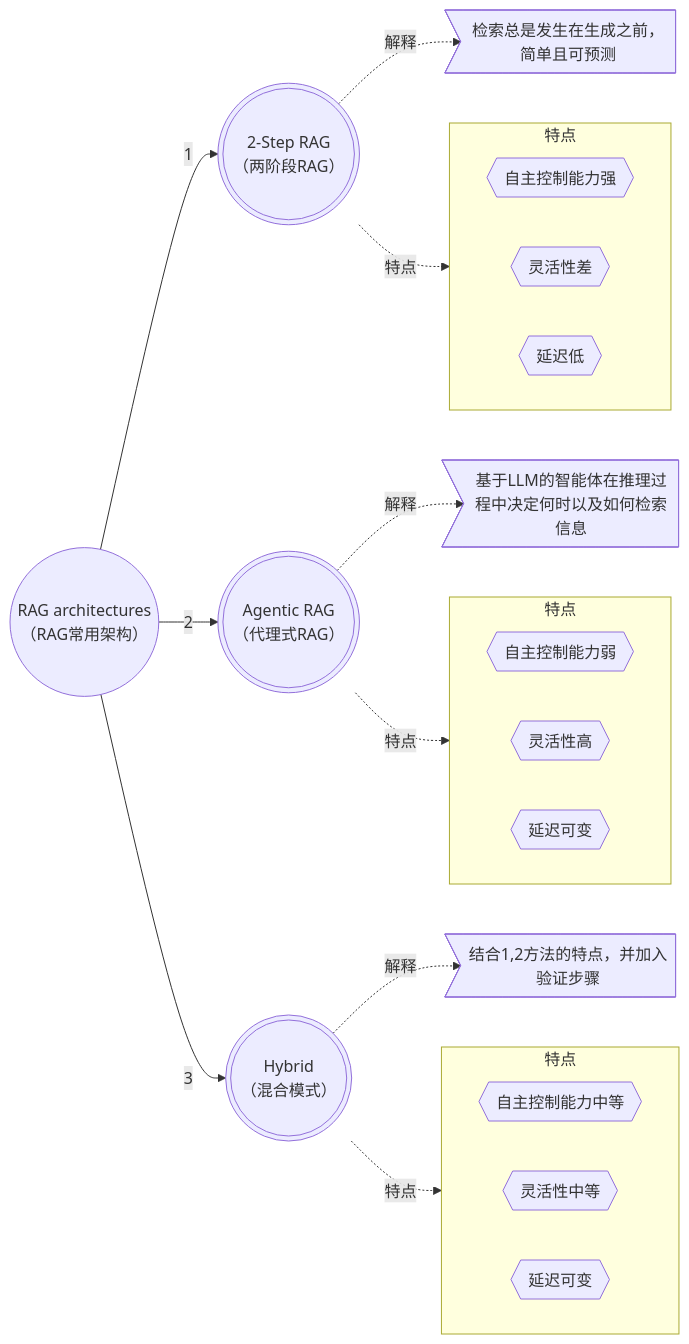
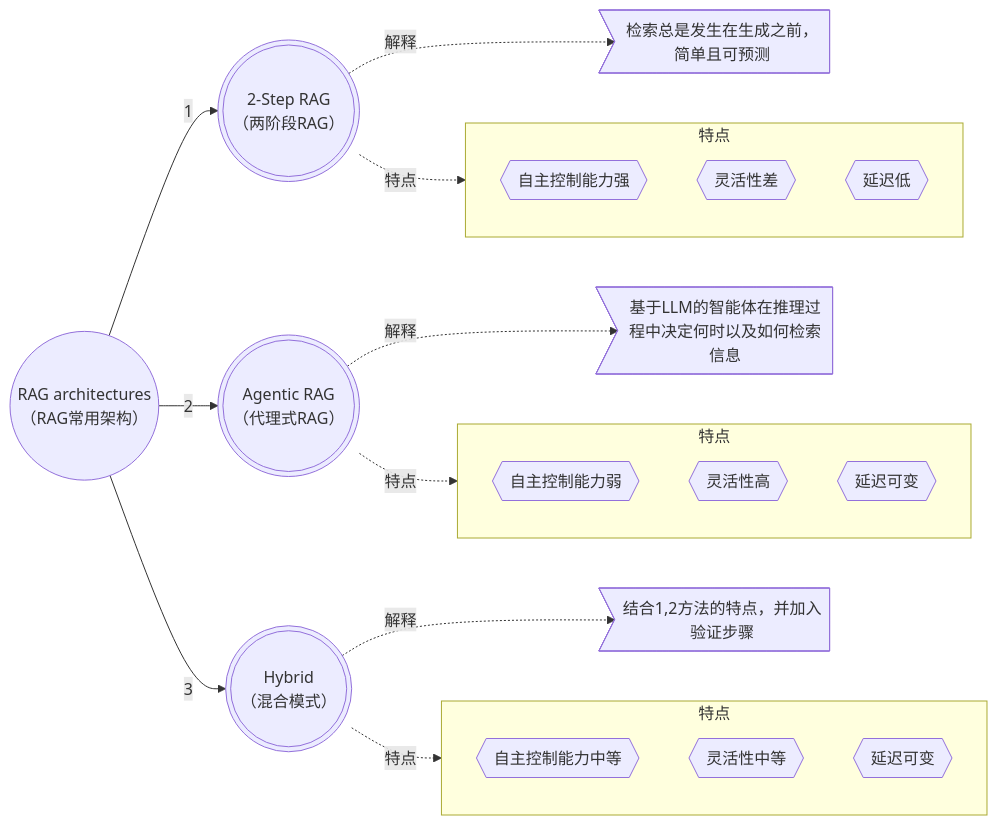
Before and after one commit to 290044632/bookmark: the third of 3 diagrams in AI/RAG.md, drawn with Mermaid.

Commit message:
更新RAG文档

````diff
--- a/AI/RAG.md
+++ b/AI/RAG.md
@@ -55,38 +55,38 @@
 ```mermaid
 flowchart LR
     A(("RAG architectures
     （RAG常用架构）"))
     
     A-->|1|A1((("2-Step RAG
     （两阶段RAG）")))
     A1-.->|解释|A11>"检索总是发生在生成之前，简单且可预测"]
     subgraph A12["特点"]
-        direction LR
+        direction TB
         A121{{"自主控制能力强"}}
         A122{{"灵活性差"}}
         A123{{"延迟低"}}
     end
     A1-.->|特点|A12
     
     A-->|2|A2((("Agentic RAG
     （代理式RAG）")))
     A2-.->|解释|A21>"基于LLM的智能体在推理过程中决定何时以及如何检索信息"]
     subgraph A22["特点"]
-        direction LR
+        direction TB
         A221{{"自主控制能力弱"}}
         A222{{"灵活性高"}}
         A223{{"延迟可变"}}
     end
     A2-.->|特点|A22
     
     A-->|3|A3((("Hybrid
     （混合模式）")))
     A3-.->|解释|A31>"结合1,2方法的特点，并加入验证步骤"]
     subgraph A32["特点"]
-        direction LR
+        direction TB
         A321{{"自主控制能力中等"}}
         A322{{"灵活性中等"}}
         A323{{"延迟可变"}}
     end
     A3-.->|特点|A32
 ```
````
